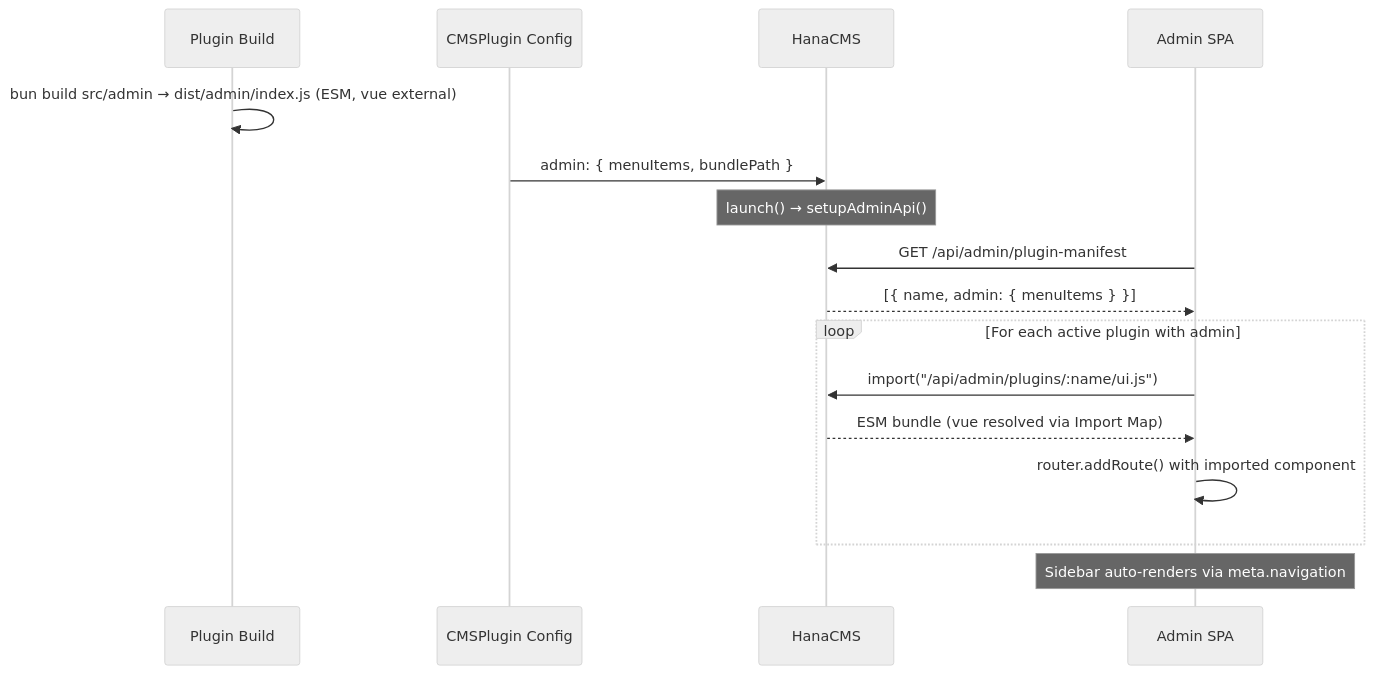
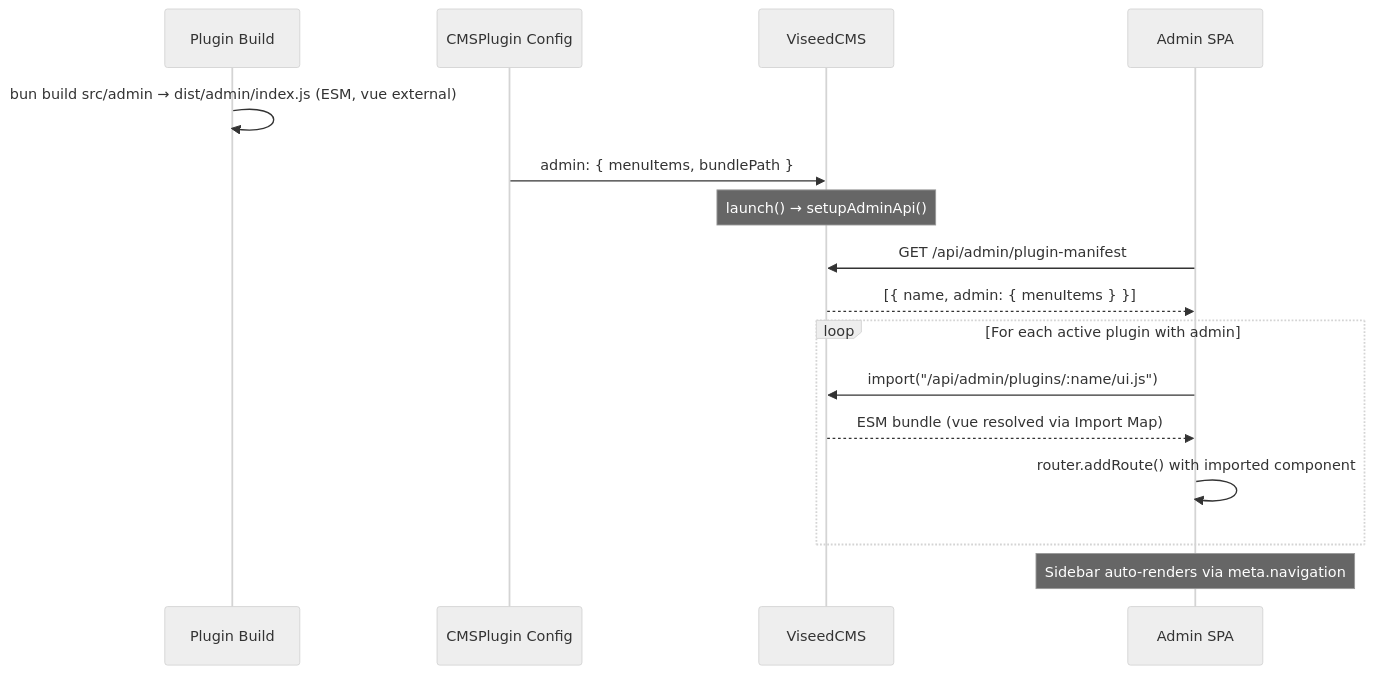
One commit to viseed/cms changed the first of 2 diagrams in .cursor/plans/plugin_admin_menu_system.plan.md. Above: the diagram before and after it, drawn with Mermaid (neutral theme). The commit also changed other lines of this file and 166 other files, not shown here.

````diff
--- a/.cursor/plans/plugin_admin_menu_system.plan.md
+++ b/.cursor/plans/plugin_admin_menu_system.plan.md
@@ -56,22 +56,22 @@
 ```mermaid
 sequenceDiagram
     participant Plugin as Plugin Build
     participant CMSPlugin as CMSPlugin Config
-    participant Core as HanaCMS
+    participant Core as ViseedCMS
     participant AdminSPA as Admin SPA
 
     Plugin->>Plugin: bun build src/admin → dist/admin/index.js (ESM, vue external)
     CMSPlugin->>Core: admin: { menuItems, bundlePath }
     Note over Core: launch() → setupAdminApi()
 
     AdminSPA->>Core: GET /api/admin/plugin-manifest
     Core-->>AdminSPA: [{ name, admin: { menuItems } }]
 
     loop For each active plugin with admin
         AdminSPA->>Core: import("/api/admin/plugins/:name/ui.js")
         Core-->>AdminSPA: ESM bundle (vue resolved via Import Map)
         AdminSPA->>AdminSPA: router.addRoute() with imported component
     end
 
     Note over AdminSPA: Sidebar auto-renders via meta.navigation
 ```
````
